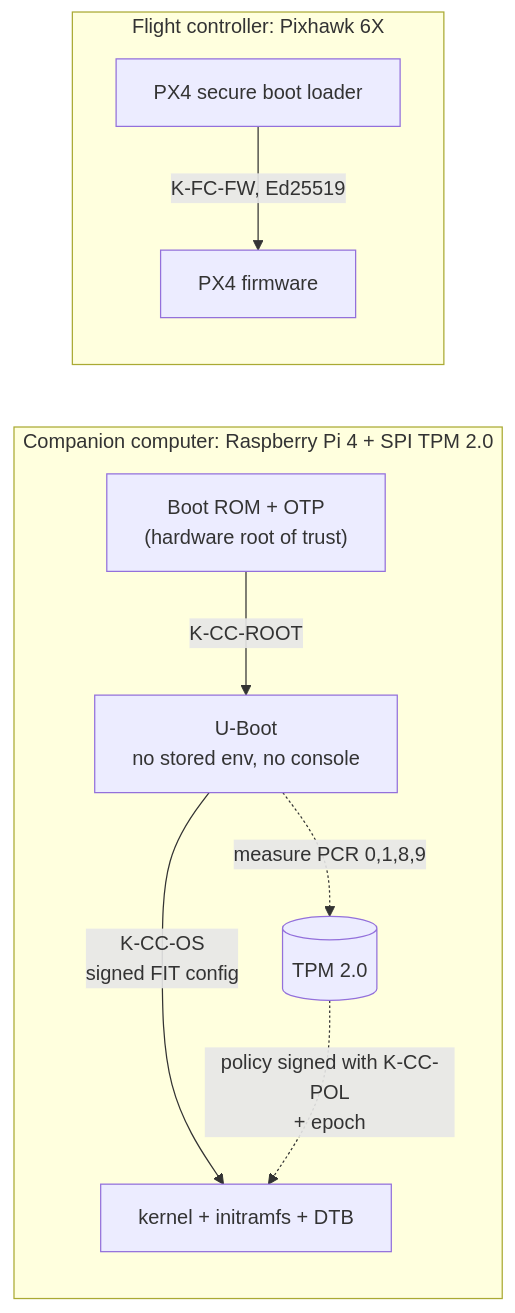
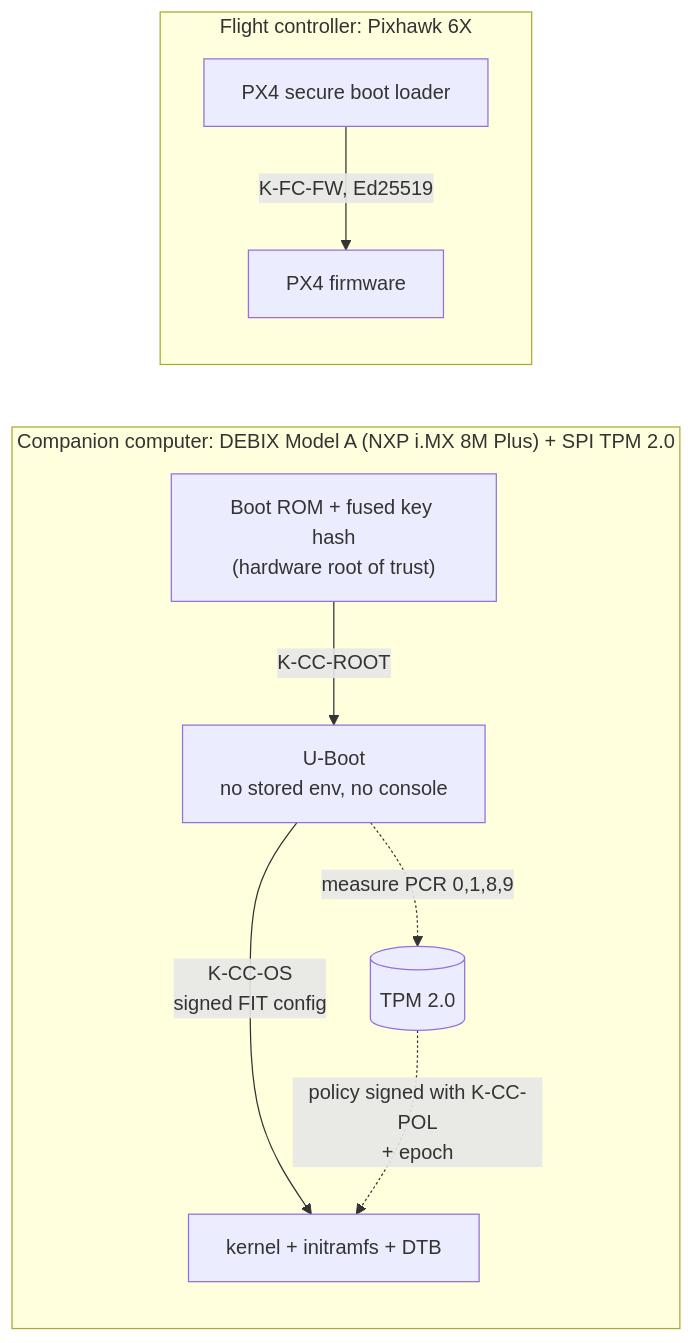
The diagram in README.md (samyoon727ca/uas-sec-p2-verified-boot), drawn with Mermaid before and after one commit. The commit also changed other lines of this file and 9 other files, not shown here.

First line of the commit message:
Move the CC to the DEBIX Model A (NXP i.MX 8M Plus)

````diff
--- a/README.md
+++ b/README.md
@@ -40,12 +40,12 @@
 ```mermaid
 flowchart LR
-  subgraph CC["Companion computer: Raspberry Pi 4 + SPI TPM 2.0"]
-    ROM["Boot ROM + OTP<br/>(hardware root of trust)"] -->|"K-CC-ROOT"| UB["U-Boot<br/>no stored env, no console"]
+  subgraph CC["Companion computer: DEBIX Model A (NXP i.MX 8M Plus) + SPI TPM 2.0"]
+    ROM["Boot ROM + fused key hash<br/>(hardware root of trust)"] -->|"K-CC-ROOT"| UB["U-Boot<br/>no stored env, no console"]
     UB -->|"K-CC-OS<br/>signed FIT config"| K["kernel + initramfs + DTB"]
     UB -.->|"measure PCR 0,1,8,9"| TPM[("TPM 2.0")]
     TPM -.->|"policy signed with K-CC-POL<br/>+ epoch"| K
   end
   subgraph FC["Flight controller: Pixhawk 6X"]
     BL["PX4 secure boot loader"] -->|"K-FC-FW, Ed25519"| PX4["PX4 firmware"]
   end
 ```
````
